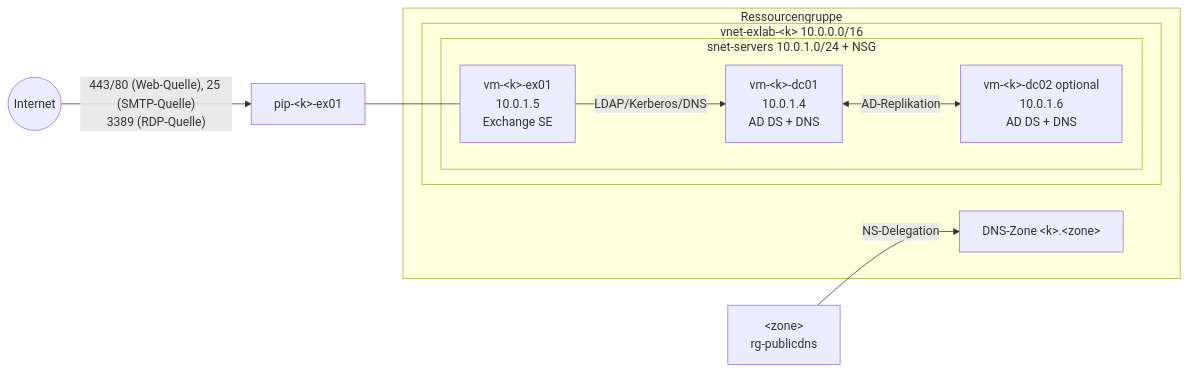
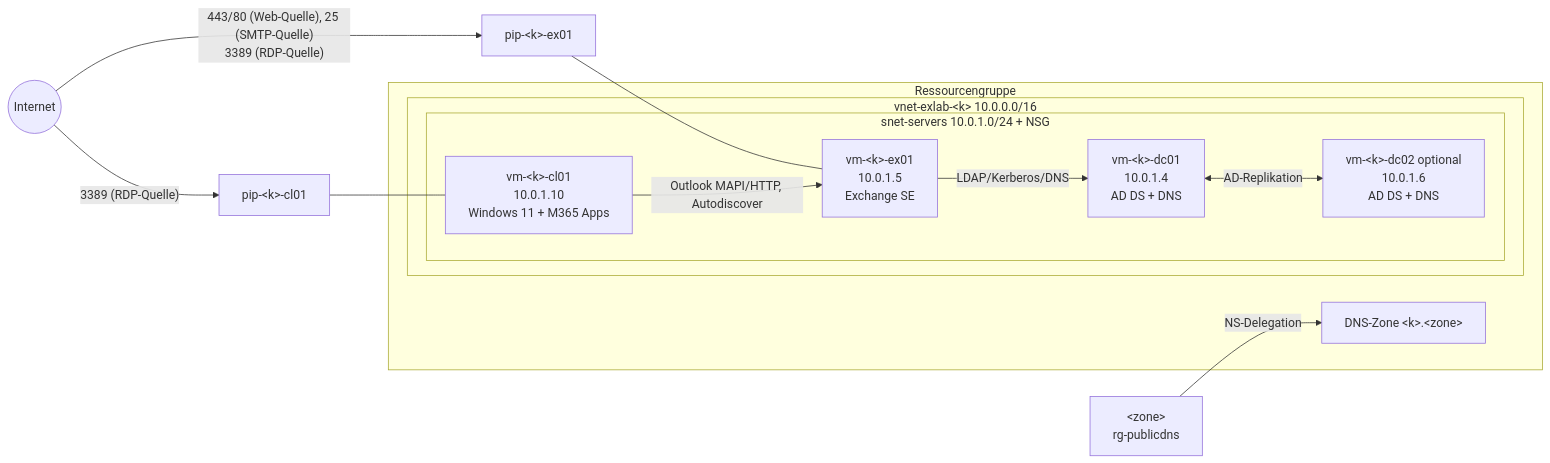
One commit to sredlin/TraineeLab changed the diagram in readme.md. Above: the diagram before and after it, drawn with Mermaid. The commit also changed other lines of this file and 10 other files, not shown here.

First line of the commit message:
feat(client): Windows-11-Client mit Microsoft 365 Apps ergänzen

````diff
--- a/readme.md
+++ b/readme.md
@@ -9,18 +9,22 @@
 ```mermaid
 flowchart LR
     Internet((Internet)) -->|"443/80 (Web-Quelle), 25 (SMTP-Quelle)\n3389 (RDP-Quelle)"| PIP[pip-&lt;k&gt;-ex01]
+    Internet -->|"3389 (RDP-Quelle)"| PIPCL[pip-&lt;k&gt;-cl01]
     subgraph RG[Ressourcengruppe]
         subgraph VNET[vnet-exlab-&lt;k&gt; 10.0.0.0/16]
             subgraph SNET[snet-servers 10.0.1.0/24 + NSG]
                 DC[vm-&lt;k&gt;-dc01<br/>10.0.1.4<br/>AD DS + DNS]
                 DC2[vm-&lt;k&gt;-dc02 optional<br/>10.0.1.6<br/>AD DS + DNS]
                 EX[vm-&lt;k&gt;-ex01<br/>10.0.1.5<br/>Exchange SE]
+                CL[vm-&lt;k&gt;-cl01<br/>10.0.1.10<br/>Windows 11 + M365 Apps]
             end
         end
         ZONE[DNS-Zone &lt;k&gt;.&lt;zone&gt;]
     end
     PIP --- EX
+    PIPCL --- CL
     EX -->|LDAP/Kerberos/DNS| DC
+    CL -->|Outlook MAPI/HTTP, Autodiscover| EX
     DC <-->|AD-Replikation| DC2
     PARENT[&lt;zone&gt;<br/>rg-publicdns] -->|NS-Delegation| ZONE
 ```
````
